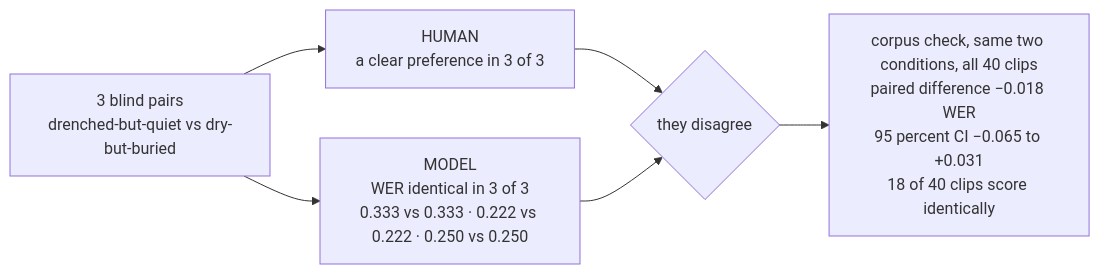
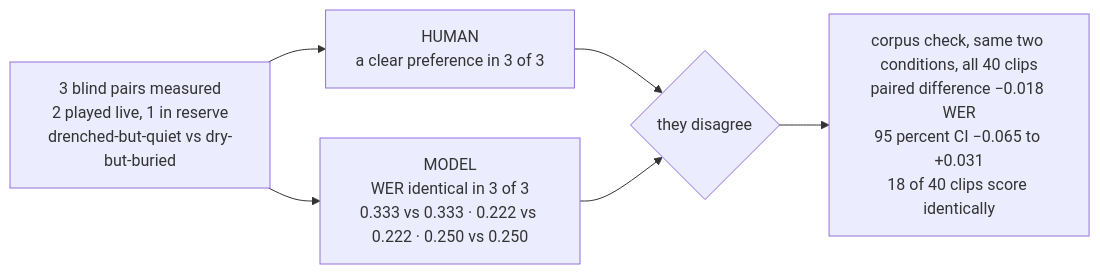
One commit to sundarsubramanian22/deadzone changed the second of 4 diagrams in README.md. Above: the diagram before and after it, drawn with Mermaid. The commit also changed other lines of this file and 11 other files, not shown here.

````diff
--- a/README.md
+++ b/README.md
@@ -113,8 +113,8 @@
 ```mermaid
 flowchart LR
-  P["3 blind pairs<br/>drenched-but-quiet vs dry-but-buried"] --> H["HUMAN<br/>a clear preference in 3 of 3"]
+  P["3 blind pairs measured<br/>2 played live, 1 in reserve<br/>drenched-but-quiet vs dry-but-buried"] --> H["HUMAN<br/>a clear preference in 3 of 3"]
   P --> M["MODEL<br/>WER identical in 3 of 3<br/>0.333 vs 0.333 · 0.222 vs 0.222 · 0.250 vs 0.250"]
   H --> D{"they disagree"}
   M --> D
   D --> C["corpus check, same two conditions, all 40 clips<br/>paired difference −0.018 WER<br/>95 percent CI −0.065 to +0.031<br/>18 of 40 clips score identically"]
 ```
````
